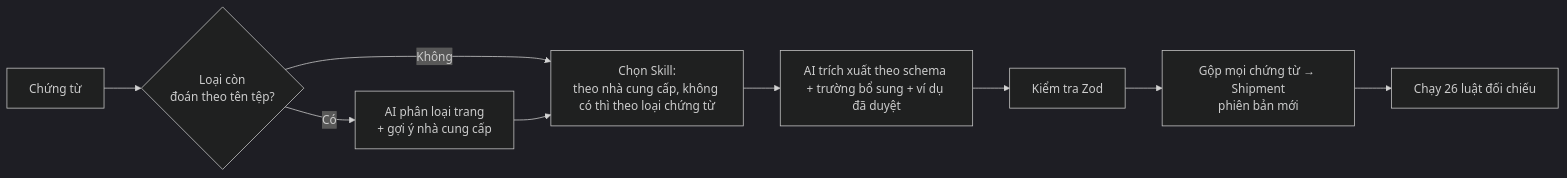
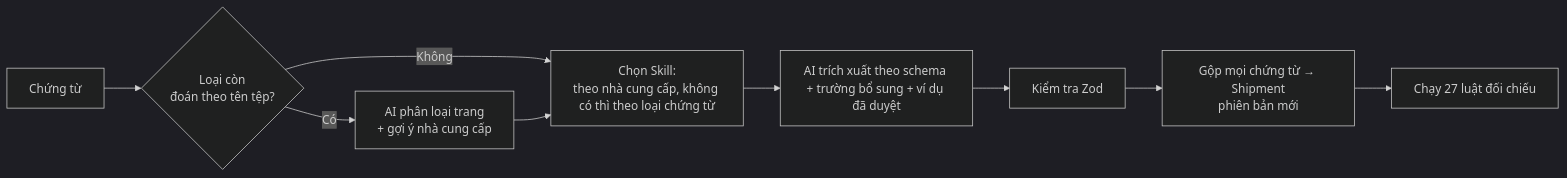
The fifth of 8 diagrams in docs/QUY-TRINH-NGHIEP-VU.md (minhnhacmu2308/chung-tu-hq), drawn with Mermaid (dark theme) before and after one commit. The commit also changed other lines of this file and 6 other files, not shown here.

Commit message:
fix(ui,web): Button wrap cao tối thiểu theo size + mẫu playground; thông báo riêng khi nhân bản AMA không áp dụng tờ nào; 27 luật

````diff
--- a/docs/QUY-TRINH-NGHIEP-VU.md
+++ b/docs/QUY-TRINH-NGHIEP-VU.md
@@ -148,9 +148,9 @@
 ```mermaid
 flowchart LR
   U[Chứng từ] --> C{Loại còn<br/>đoán theo tên tệp?}
   C -- Có --> AI1[AI phân loại trang<br/>+ gợi ý nhà cung cấp]
   C -- Không --> SK
   AI1 --> SK[Chọn Skill:<br/>theo nhà cung cấp, không có thì theo loại chứng từ]
   SK --> AI2[AI trích xuất theo schema + trường bổ sung + ví dụ đã duyệt]
-  AI2 --> Z[Kiểm tra Zod] --> M[Gộp mọi chứng từ → Shipment<br/>phiên bản mới] --> V[Chạy 26 luật đối chiếu]
+  AI2 --> Z[Kiểm tra Zod] --> M[Gộp mọi chứng từ → Shipment<br/>phiên bản mới] --> V[Chạy 27 luật đối chiếu]
 ```
````
